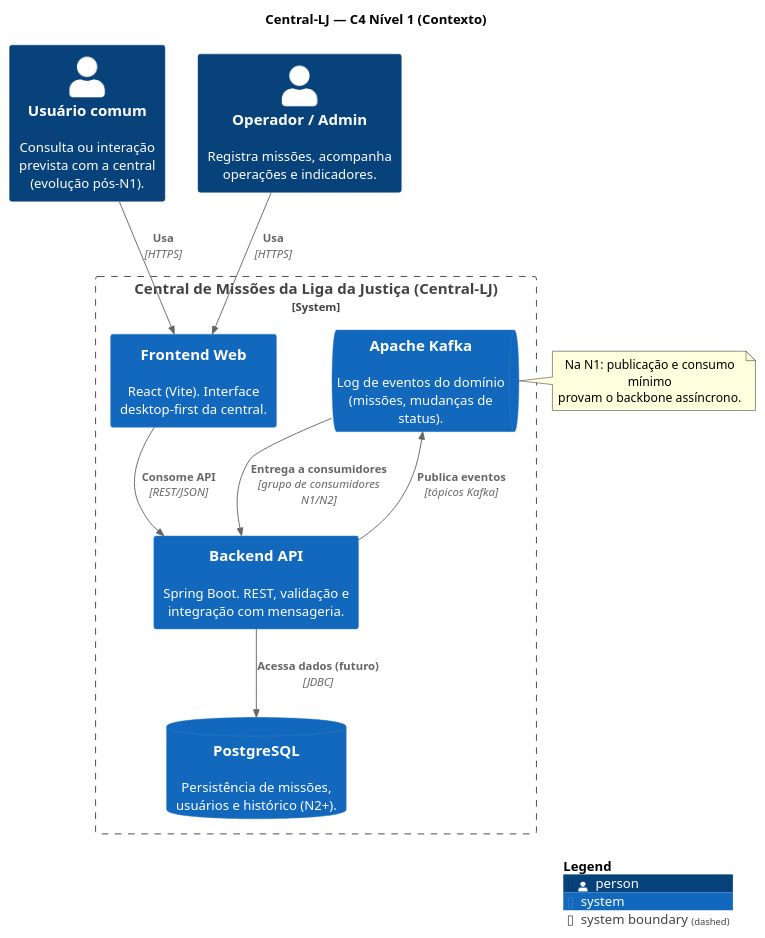
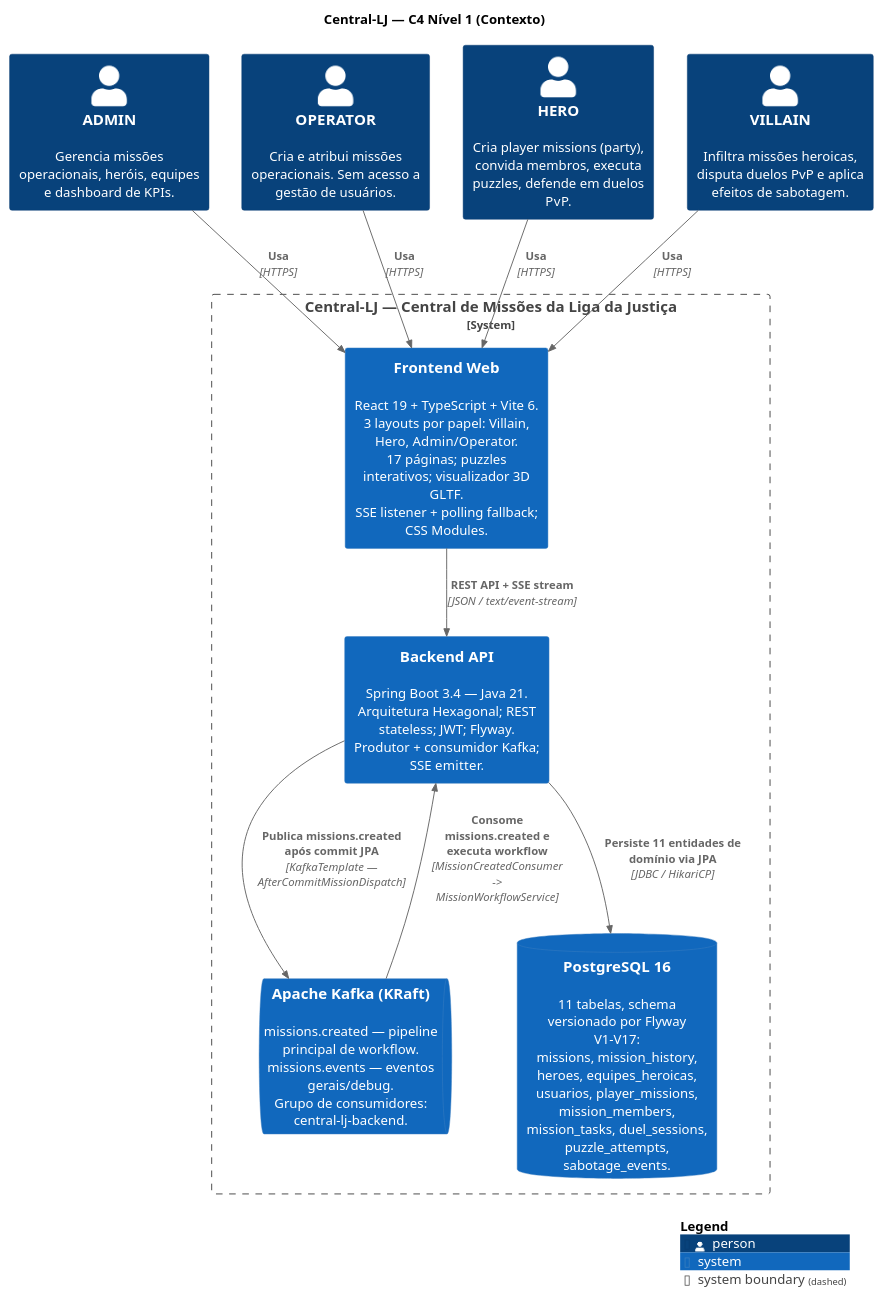
The diagram in docs/arquitetura/c4-contexto.puml (karolAlbuquerque/central-lj), drawn with PlantUML before and after one commit. The commit also changed 186 other files, not shown here.

First line of the commit message:
feat: implement user registration and enhance authentication flow

```diff
--- a/docs/arquitetura/c4-contexto.puml
+++ b/docs/arquitetura/c4-contexto.puml
@@ -1,31 +1,29 @@
 @startuml
 !include https://raw.githubusercontent.com/plantuml-stdlib/C4-PlantUML/master/C4_Context.puml
 
 title Central-LJ — C4 Nível 1 (Contexto)
 
-Person(usuario, "Usuário comum", "Consulta ou interação prevista com a central (evolução pós-N1).")
-Person(operador, "Operador / Admin", "Registra missões, acompanha operações e indicadores.")
+Person(admin,    "ADMIN",    "Gerencia missões operacionais, heróis, equipes e dashboard de KPIs.")
+Person(operator, "OPERATOR", "Cria e atribui missões operacionais. Sem acesso a gestão de usuários.")
+Person(hero,     "HERO",     "Cria player missions (party), convida membros, executa puzzles, defende em duelos PvP.")
+Person(villain,  "VILLAIN",  "Infiltra missões heroicas, disputa duelos PvP e aplica efeitos de sabotagem.")
 
-System_Boundary(sistema, "Central de Missões da Liga da Justiça (Central-LJ)") {
-  System(web, "Frontend Web", "React (Vite). Interface desktop-first da central.")
-  System(api, "Backend API", "Spring Boot. REST, validação e integração com mensageria.")
-  SystemQueue(bus, "Apache Kafka", "Log de eventos do domínio (missões, mudanças de status).")
-  SystemDb(db, "PostgreSQL", "Persistência de missões, usuários e histórico (N2+).")
+System_Boundary(sistema, "Central-LJ — Central de Missões da Liga da Justiça") {
+  System(web, "Frontend Web", "React 19 + TypeScript + Vite 6.\n3 layouts por papel: Villain, Hero, Admin/Operator.\n17 páginas; puzzles interativos; visualizador 3D GLTF.\nSSE listener + polling fallback; CSS Modules.")
+  System(api, "Backend API", "Spring Boot 3.4 — Java 21.\nArquitetura Hexagonal; REST stateless; JWT; Flyway.\nProdutor + consumidor Kafka; SSE emitter.")
+  SystemQueue(kafka, "Apache Kafka (KRaft)", "missions.created — pipeline principal de workflow.\nmissions.events — eventos gerais/debug.\nGrupo de consumidores: central-lj-backend.")
+  SystemDb(db, "PostgreSQL 16", "11 tabelas, schema versionado por Flyway V1–V17:\nmissions, mission_history, heroes, equipes_heroicas,\nusuarios, player_missions, mission_members,\nmission_tasks, duel_sessions, puzzle_attempts,\nsabotage_events.")
 }
 
-Rel(usuario, web, "Usa", "HTTPS")
-Rel(operador, web, "Usa", "HTTPS")
+Rel(admin,    web, "Usa", "HTTPS")
+Rel(operator, web, "Usa", "HTTPS")
+Rel(hero,     web, "Usa", "HTTPS")
+Rel(villain,  web, "Usa", "HTTPS")
 
-Rel(web, api, "Consome API", "REST/JSON")
-Rel(api, bus, "Publica eventos", "tópicos Kafka")
-Rel(bus, api, "Entrega a consumidores", "grupo de consumidores N1/N2")
-
-Rel(api, db, "Acessa dados (futuro)", "JDBC")
-
-note right of bus
-  Na N1: publicação e consumo mínimo
-  provam o backbone assíncrono.
-end note
+Rel(web, api, "REST API + SSE stream", "JSON / text/event-stream")
+Rel(api, kafka, "Publica missions.created após commit JPA", "KafkaTemplate — AfterCommitMissionDispatch")
+Rel(kafka, api, "Consome missions.created e executa workflow", "MissionCreatedConsumer -> MissionWorkflowService")
+Rel(api, db, "Persiste 11 entidades de domínio via JPA", "JDBC / HikariCP")
 
 SHOW_LEGEND()
 @enduml
```
